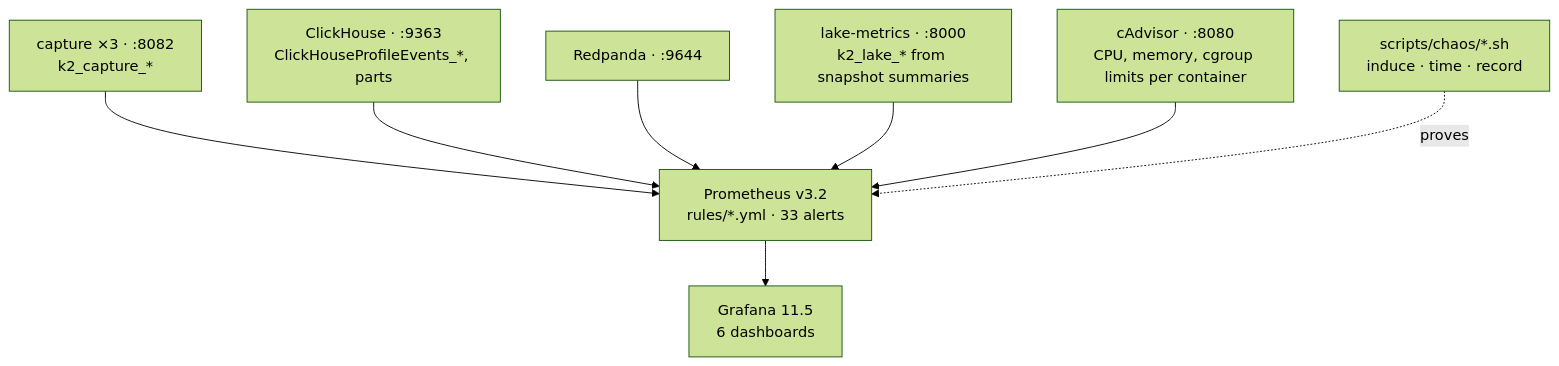
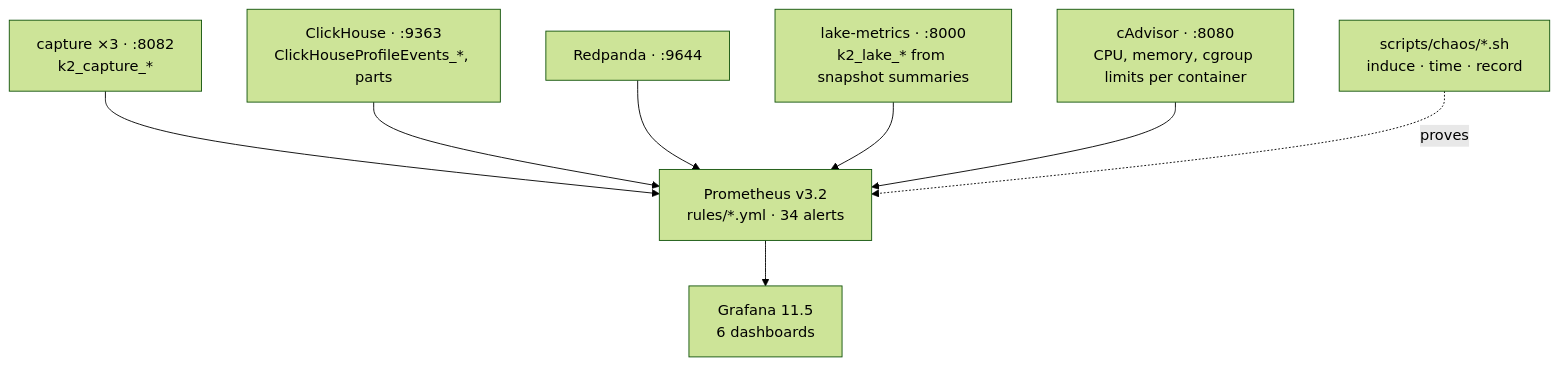
Before and after one commit to rjdscott/k2-market-data-platform: the diagram in docs/architecture/11-observability.md, drawn with Mermaid (forest theme). The commit also changed other lines of this file and 17 other files, not shown here.

````diff
--- a/docs/architecture/11-observability.md
+++ b/docs/architecture/11-observability.md
@@ -54,13 +54,13 @@
 ```mermaid
 flowchart TB
   C["capture ×3 · :8082<br/>k2_capture_*"]
   H["ClickHouse · :9363<br/>ClickHouseProfileEvents_*, parts"]
   R["Redpanda · :9644"]
   L["lake-metrics · :8000<br/>k2_lake_* from snapshot summaries"]
   A["cAdvisor · :8080<br/>CPU, memory, cgroup limits per container"]
-  P["Prometheus v3.2<br/>rules/*.yml · 33 alerts"]
+  P["Prometheus v3.2<br/>rules/*.yml · 34 alerts"]
   G["Grafana 11.5<br/>6 dashboards"]
   X["scripts/chaos/*.sh<br/>induce · time · record"]
   C & H & R & L & A --> P --> G
   X -.->|"proves"| P
 ```
````
